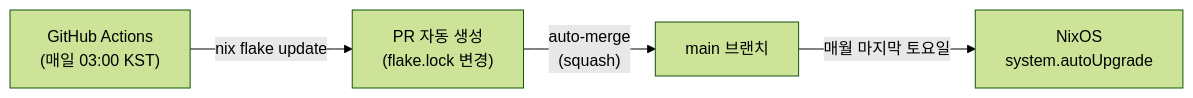
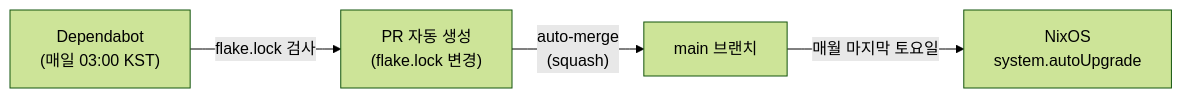
The second of 2 diagrams in docs/admin/ci-cd.md (SBEE-Lab/infra), drawn with Mermaid (forest theme) before and after one commit. The commit also changed other lines of this file and 2 other files, not shown here.

First line of the commit message:
dependabot: delegate flake input updates

````diff
--- a/docs/admin/ci-cd.md
+++ b/docs/admin/ci-cd.md
@@ -85,6 +85,6 @@
 ```mermaid
 flowchart LR
-  cron["GitHub Actions<br/>(매일 03:00 KST)"] -- "nix flake update" --> pr["PR 자동 생성<br/>(flake.lock 변경)"]
+  cron["Dependabot<br/>(매일 03:00 KST)"] -- "flake.lock 검사" --> pr["PR 자동 생성<br/>(flake.lock 변경)"]
   pr -- "auto-merge<br/>(squash)" --> main["main 브랜치"]
   main -- "매월 마지막 토요일" --> upgrade["NixOS<br/>system.autoUpgrade"]
 ```
````
